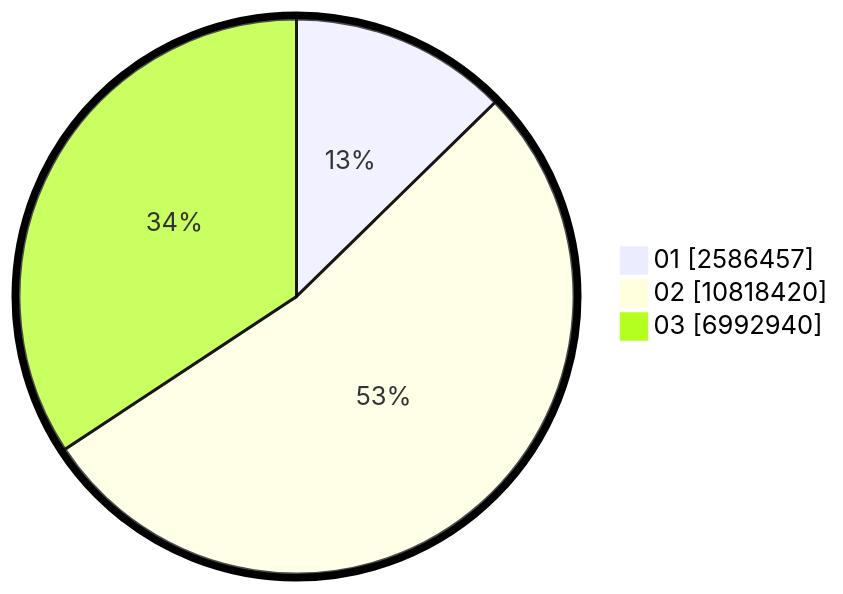
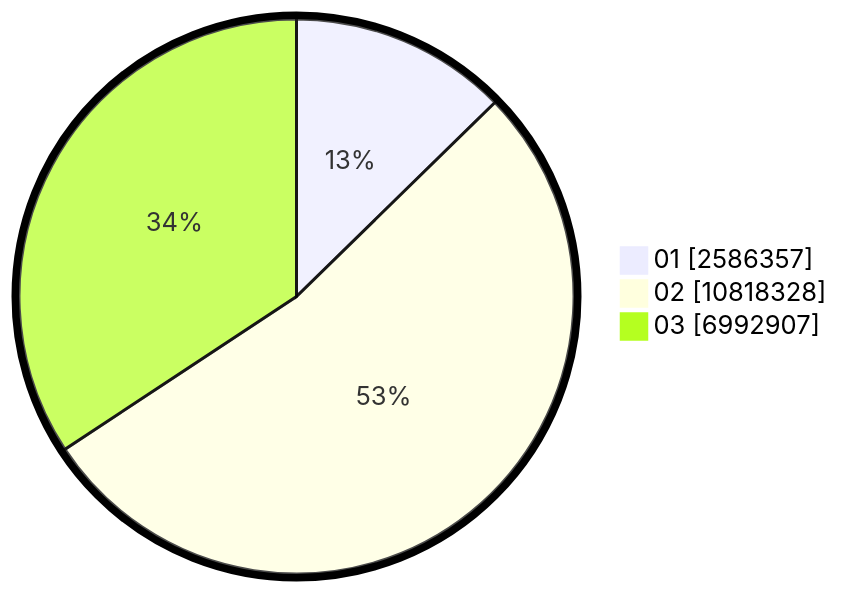
Before and after one commit to gigit-pemilu/pemilu-2024: the second of 2 diagrams in pilpres/hitung-suara/sub/table-wilayah-33.md, drawn with Mermaid. The commit also changed other lines of this file and 12 other files, not shown here.

````diff
--- a/pilpres/hitung-suara/sub/table-wilayah-33.md
+++ b/pilpres/hitung-suara/sub/table-wilayah-33.md
@@ -15,7 +15,7 @@
 ```mermaid
 %%{init: {"pie": {"textPosition": 0.5}, "themeVariables": {"pieOuterStrokeWidth": "5px"}} }%%
 pie showData
-    "01" : 2586457
-    "02" : 10818420
-    "03" : 6992940
+    "01" : 2586357
+    "02" : 10818328
+    "03" : 6992907
 ```
````
